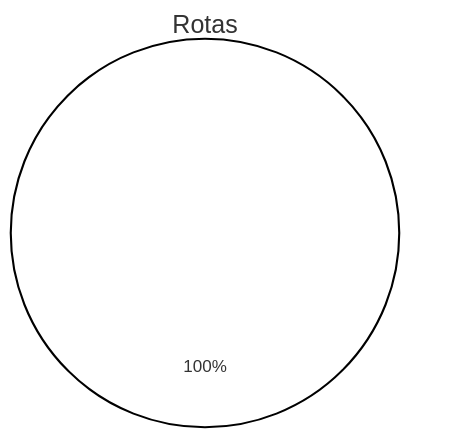
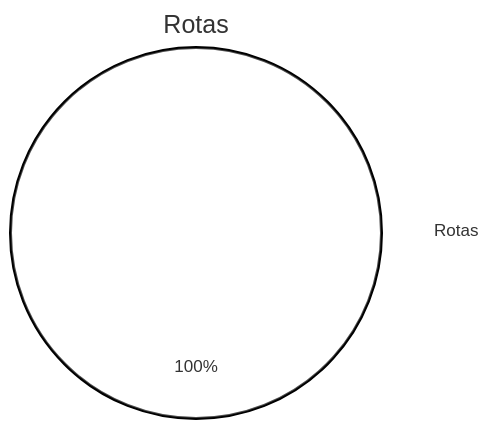
The diagram in README.md (desenvolvimento03onnet/onnet-comissao-api), drawn with Mermaid before and after one commit. The commit also changed other lines of this file, not shown here.

````diff
--- a/README.md
+++ b/README.md
@@ -51,5 +51,5 @@
 ```mermaid
     %%{init: {'theme': 'base', 'themeVariables': { 'pie1': '#FFFFFF'}}}%%
     pie title Rotas
-    "" : 100
+    "Rotas" : 100
 ```
````
